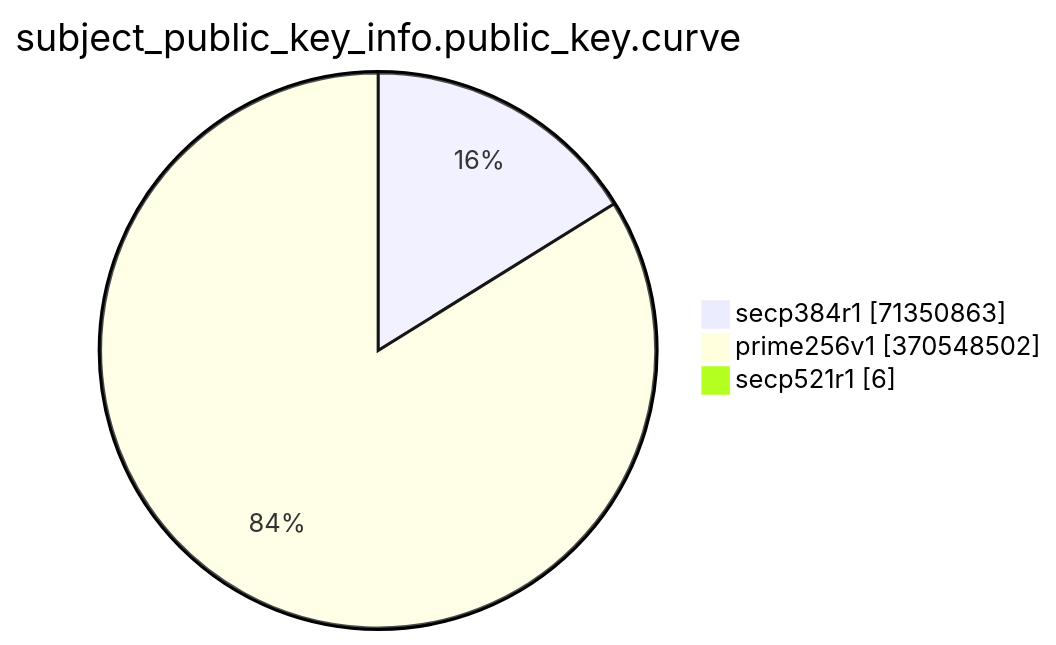
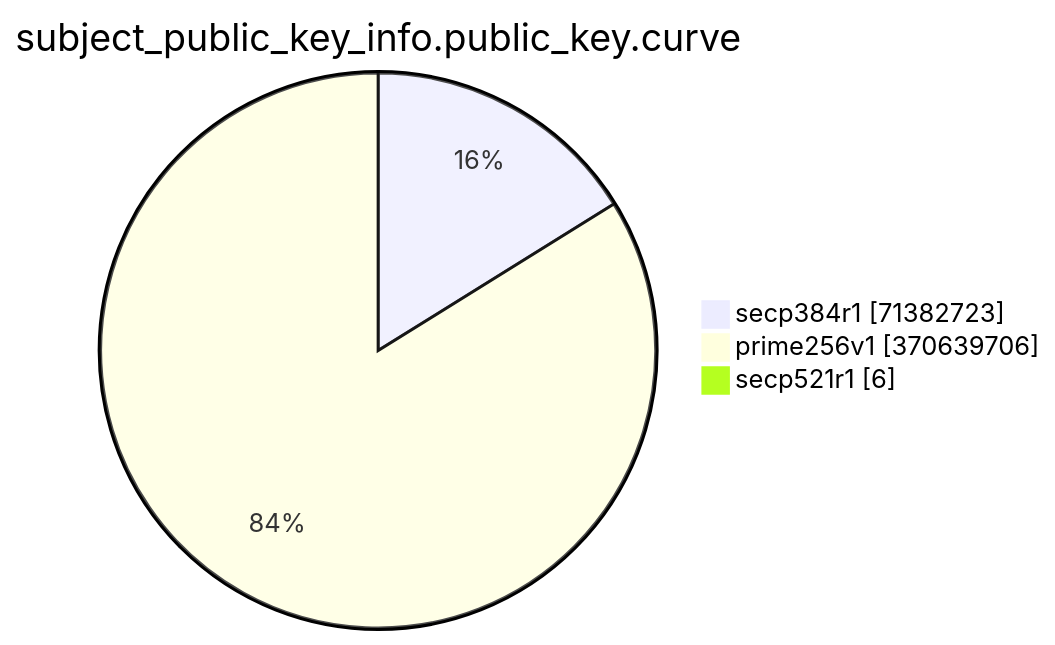
Before and after one commit to christiankrug/ctmonitor_visualization: the eighth of 15 diagrams in TOTAL/README.md, drawn with Mermaid. The commit also changed other lines of this file, not shown here.

````diff
--- a/TOTAL/README.md
+++ b/TOTAL/README.md
@@ -3094,7 +3094,7 @@
 ```mermaid
 pie showData
 title subject_public_key_info.public_key.curve
-"secp384r1" :71350863
-"prime256v1" :370548502
+"secp384r1" :71382723
+"prime256v1" :370639706
 "secp521r1" :6
 ```
````
